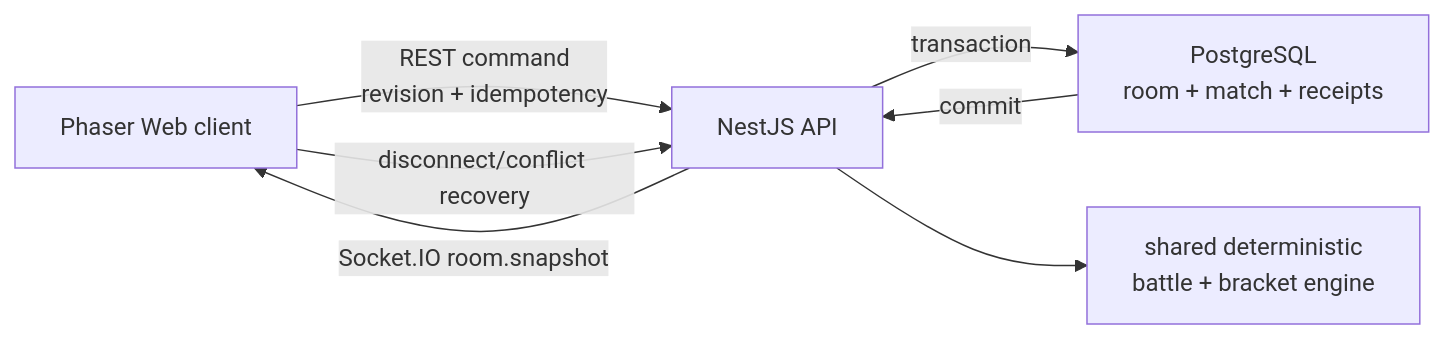
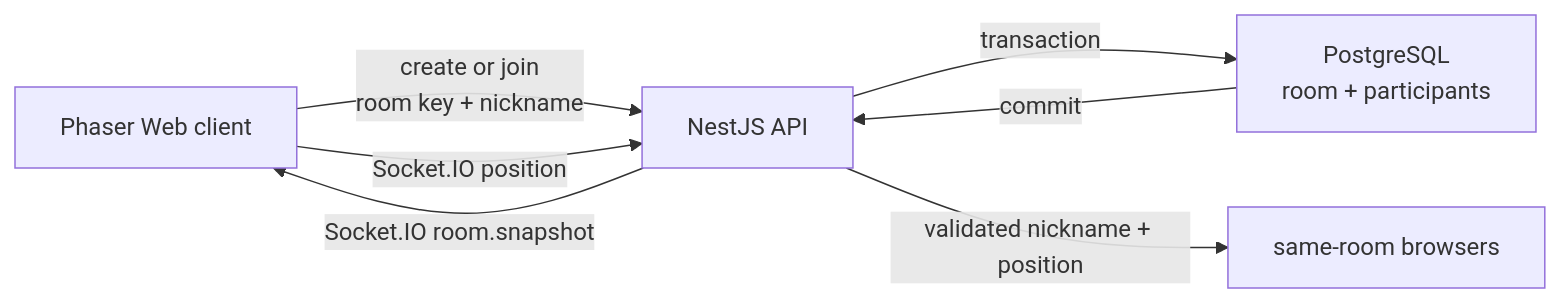
Before and after one commit to icecokel/VSCoke: the second of 2 diagrams in docs/poke-lounge-game-concept.md, drawn with Mermaid. The commit also changed other lines of this file and 22 other files, not shown here.

````diff
--- a/docs/poke-lounge-game-concept.md
+++ b/docs/poke-lounge-game-concept.md
@@ -227,9 +231,9 @@
 ```mermaid
 flowchart LR
-  Web["Phaser Web client"] -->|"REST command\nrevision + idempotency"| API["NestJS API"]
-  API -->|"transaction"| DB["PostgreSQL\nroom + match + receipts"]
+  Web["Phaser Web client"] -->|"create or join\nroom key + nickname"| API["NestJS API"]
+  API -->|"transaction"| DB["PostgreSQL\nroom + participants"]
   DB -->|"commit"| API
   API -->|"Socket.IO room.snapshot"| Web
-  Web -->|"disconnect/conflict recovery"| API
-  API --> Engine["shared deterministic\nbattle + bracket engine"]
+  Web -->|"Socket.IO position"| API
+  API -->|"validated nickname + position"| Peer["same-room browsers"]
 ```
````
